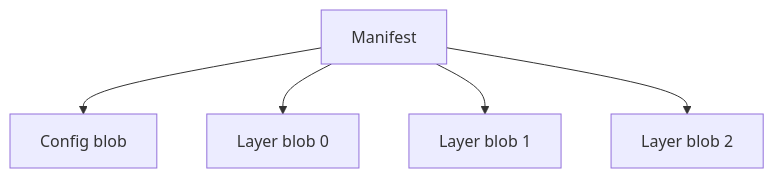
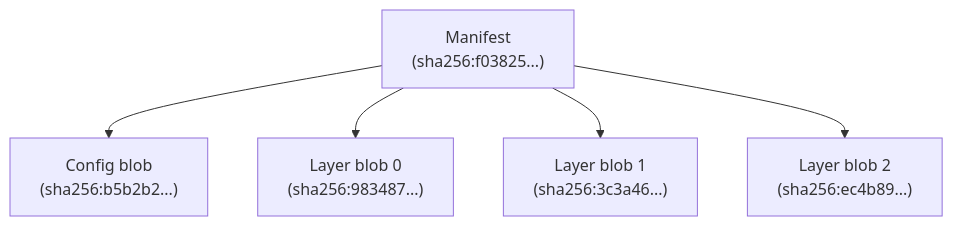
One commit to oras-project/oras-go changed the diagram in docs/Artifacts-Model.md. Above: the diagram before and after it, drawn with Mermaid. The commit also changed other lines of this file, not shown here.

Commit message:
container image example

````diff
--- a/docs/Artifacts-Model.md
+++ b/docs/Artifacts-Model.md
@@ -43,9 +44,9 @@
 ```mermaid
 graph TD;
 
-Manifest["Manifest"]-->Config[Config blob]
-Manifest-->Layer0[Layer blob 0]
-Manifest-->Layer1[Layer blob 1]
-Manifest-->Layer2[Layer blob 2]
+Manifest["Manifest<br>(sha256:f03825...)"]-->Config["Config blob<br>(sha256:b5b2b2...)"]
+Manifest-->Layer0["Layer blob 0<br>(sha256:983487...)"]
+Manifest-->Layer1["Layer blob 1<br>(sha256:3c3a46...)"]
+Manifest-->Layer2["Layer blob 2<br>(sha256:ec4b89...)"]
 
 ```
````
